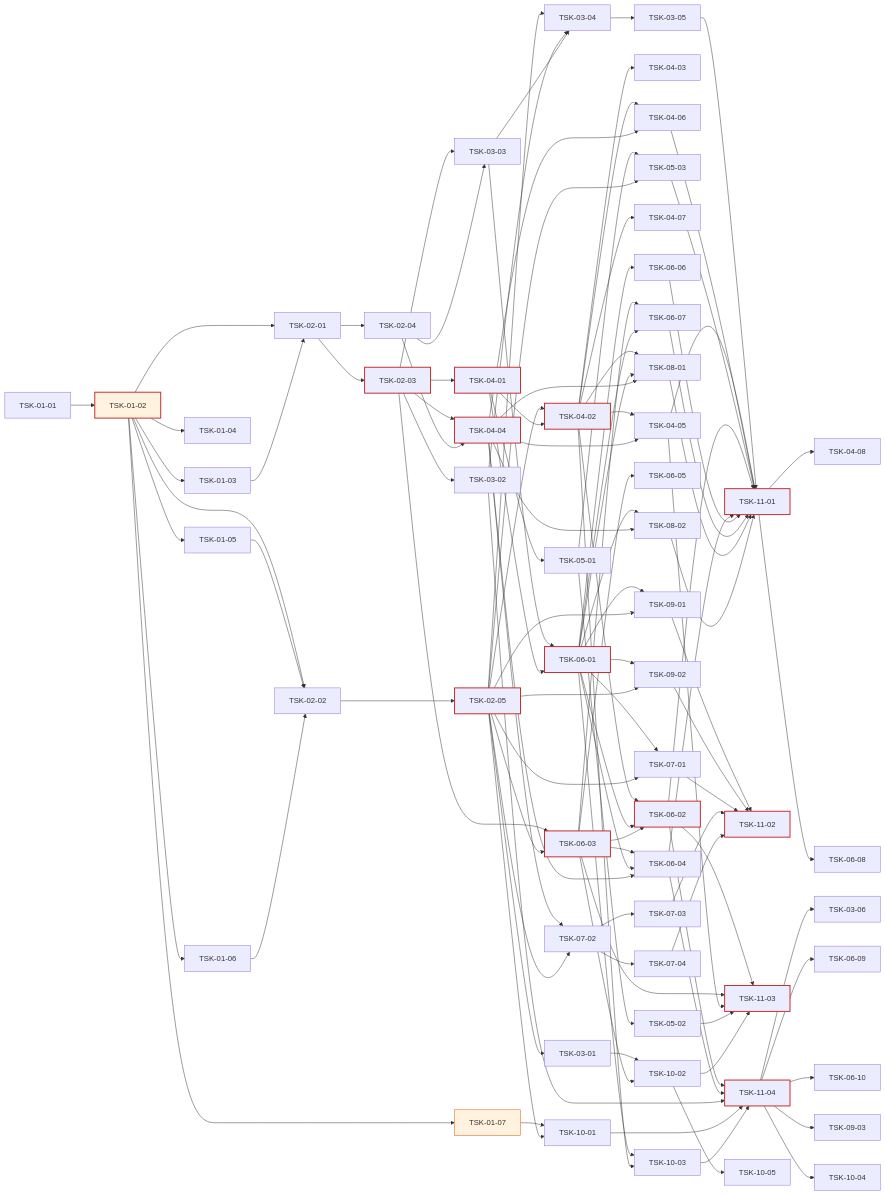
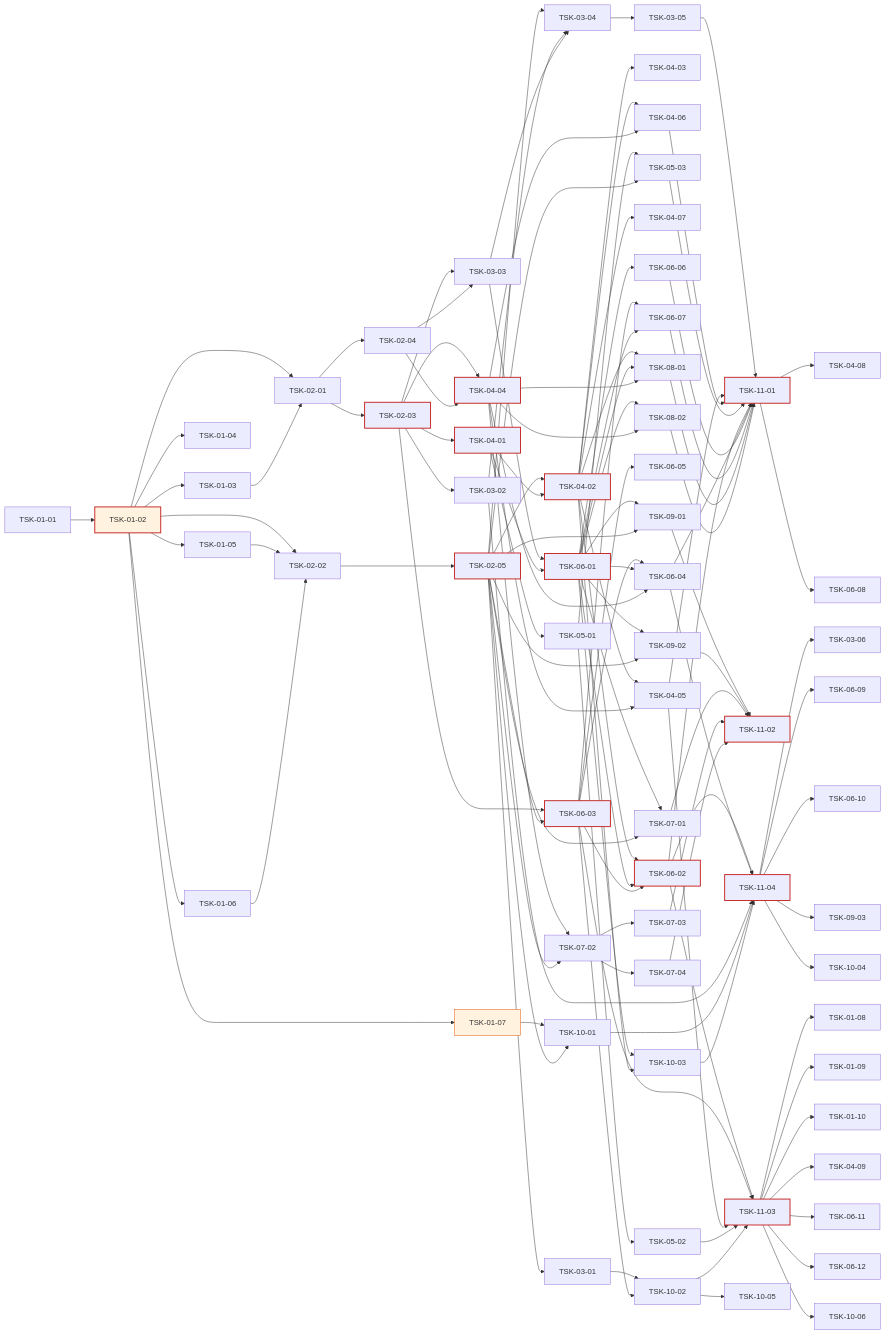
One commit to jongik-sv/oranda changed the diagram in docs/wbs.md. Above: the diagram before and after it, drawn with Mermaid. The commit also changed other lines of this file and 41 other files, not shown here.

```diff
--- a/docs/wbs.md
+++ b/docs/wbs.md
@@ -2335,6 +2566,14 @@
   TSK-11-04 --> TSK-09-03
   TSK-11-04 --> TSK-10-04
   TSK-10-02 --> TSK-10-05
+  %% 성능 예산 측정 결함 (2026-10-20 등록, TSK-11-03)
+  TSK-11-03 --> TSK-01-08
+  TSK-11-03 --> TSK-01-09
+  TSK-11-03 --> TSK-01-10
+  TSK-11-03 --> TSK-04-09
+  TSK-11-03 --> TSK-06-11
+  TSK-11-03 --> TSK-06-12
+  TSK-11-03 --> TSK-10-06
   style TSK-01-02 fill:#fff3e0,stroke:#e65100
   style TSK-01-07 fill:#fff3e0,stroke:#e65100
   style TSK-01-02 stroke:#c62828,stroke-width:2px
```
